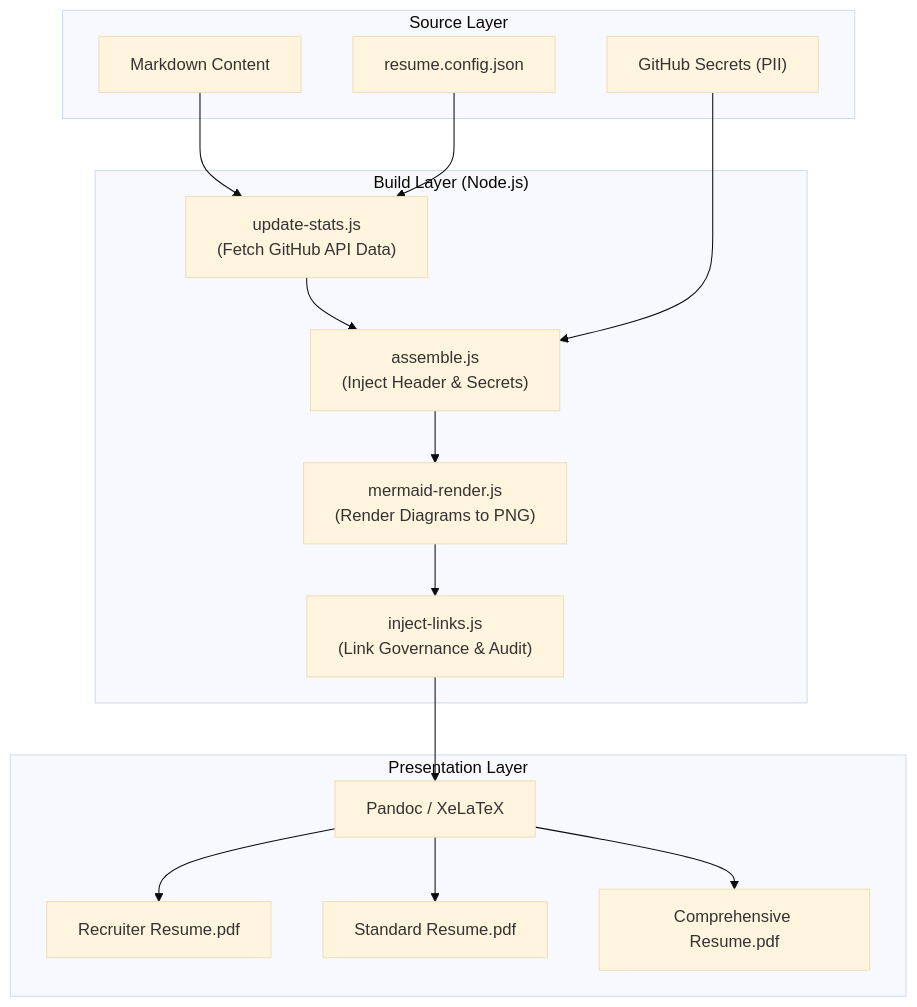
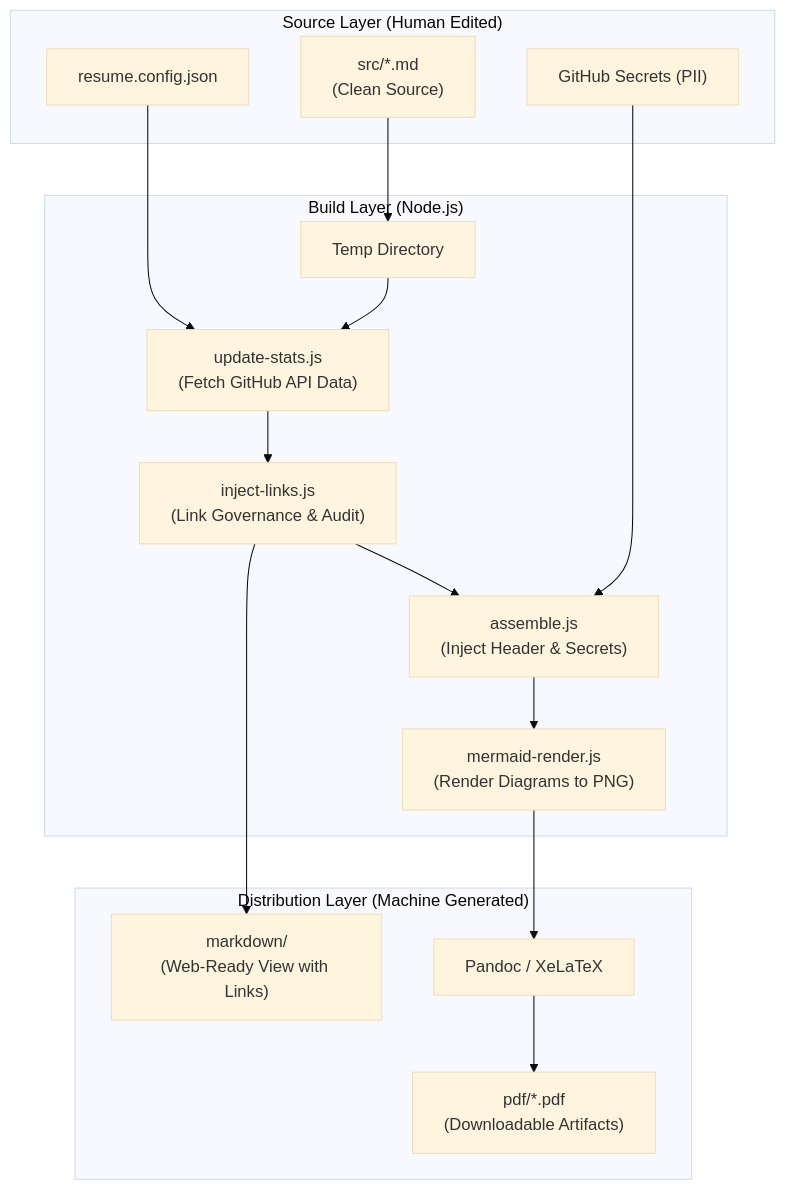
Before and after one commit to rdbumstead/resume-as-code: the diagram in README.md, drawn with Mermaid (base theme). The commit also changed other lines of this file and 7 other files, not shown here.

First line of the commit message:
refactor: implement source/dist architecture and harden pipelines

````diff
--- a/README.md
+++ b/README.md
@@ -12,33 +12,33 @@
 ```mermaid
 graph TD
-    subgraph Input ["Source Layer"]
-        MD["Markdown Content"]
+    subgraph Input ["Source Layer (Human Edited)"]
+        Src["src/*.md<br/>(Clean Source)"]
         Conf["resume.config.json"]
         Sec["GitHub Secrets (PII)"]
     end
 
     subgraph Process ["Build Layer (Node.js)"]
+        Temp["Temp Directory"]
         Fetch["update-stats.js<br/>(Fetch GitHub API Data)"]
+        Audit["inject-links.js<br/>(Link Governance & Audit)"]
         Assemble["assemble.js<br/>(Inject Header & Secrets)"]
         Render["mermaid-render.js<br/>(Render Diagrams to PNG)"]
-        Audit["inject-links.js<br/>(Link Governance & Audit)"]
     end
 
-    subgraph Output ["Presentation Layer"]
+    subgraph Output ["Distribution Layer (Machine Generated)"]
+        DistMD["markdown/<br/>(Web-Ready View with Links)"]
         Pandoc["Pandoc / XeLaTeX"]
-        PDF1["Recruiter Resume.pdf"]
-        PDF2["Standard Resume.pdf"]
-        PDF3["Comprehensive Resume.pdf"]
+        PDF["pdf/*.pdf<br/>(Downloadable Artifacts)"]
     end
 
-    MD --> Fetch
+    Src --> Temp
     Conf --> Fetch
-    Fetch --> Assemble
+    Temp --> Fetch
+    Fetch --> Audit
+    Audit --> DistMD
+    Audit --> Assemble
     Sec --> Assemble
     Assemble --> Render
-    Render --> Audit
-    Audit --> Pandoc
-    Pandoc --> PDF1
-    Pandoc --> PDF2
-    Pandoc --> PDF3
+    Render --> Pandoc
+    Pandoc --> PDF
 ```
````
